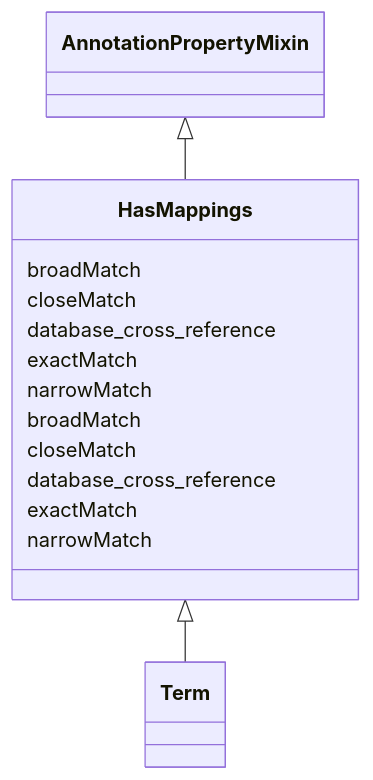
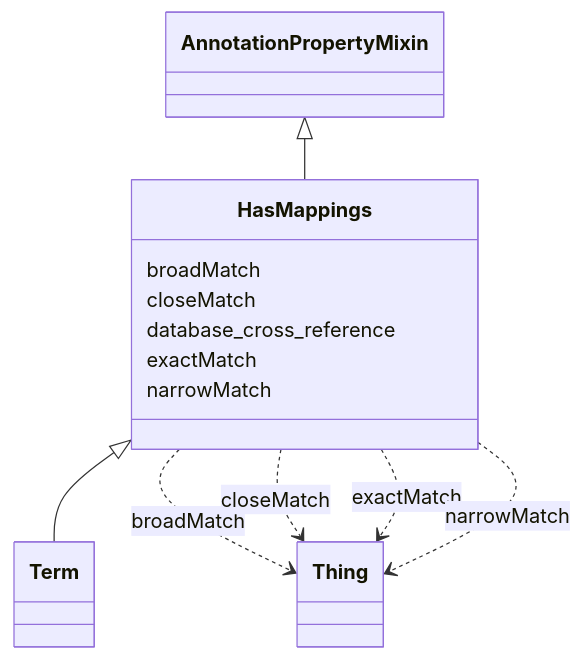
The diagram in ontology-metadata/HasMappings.md (INCATools/ontology-access-kit), drawn with Mermaid before and after one commit. The commit also changed 1783 other files, not shown here.

````diff
--- a/ontology-metadata/HasMappings.md
+++ b/ontology-metadata/HasMappings.md
@@ -9,21 +9,29 @@
 ```{mermaid}
  classDiagram
     class HasMappings
       AnnotationPropertyMixin <|-- HasMappings
       
-      HasMappings : broadMatch
-      HasMappings : closeMatch
-      HasMappings : database_cross_reference
-      HasMappings : exactMatch
-      HasMappings : narrowMatch
-      
 
       HasMappings <|-- Term
       
+      
       HasMappings : broadMatch
+        
+          HasMappings ..> Thing : broadMatch
+        
       HasMappings : closeMatch
+        
+          HasMappings ..> Thing : closeMatch
+        
       HasMappings : database_cross_reference
+        
       HasMappings : exactMatch
+        
+          HasMappings ..> Thing : exactMatch
+        
       HasMappings : narrowMatch
+        
+          HasMappings ..> Thing : narrowMatch
+        
       
 ```
````
